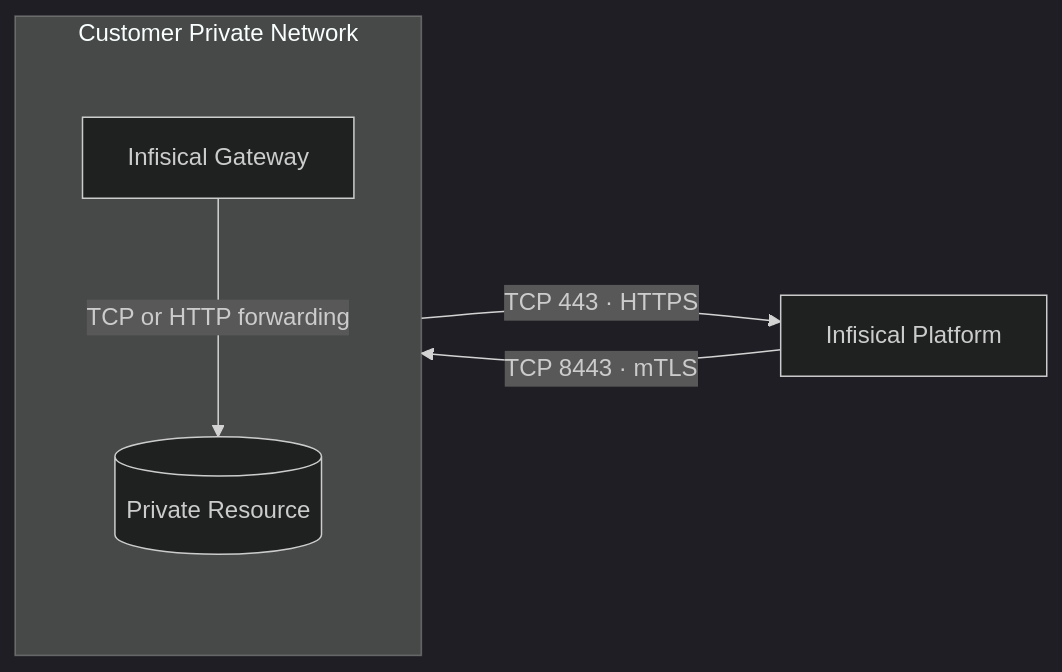
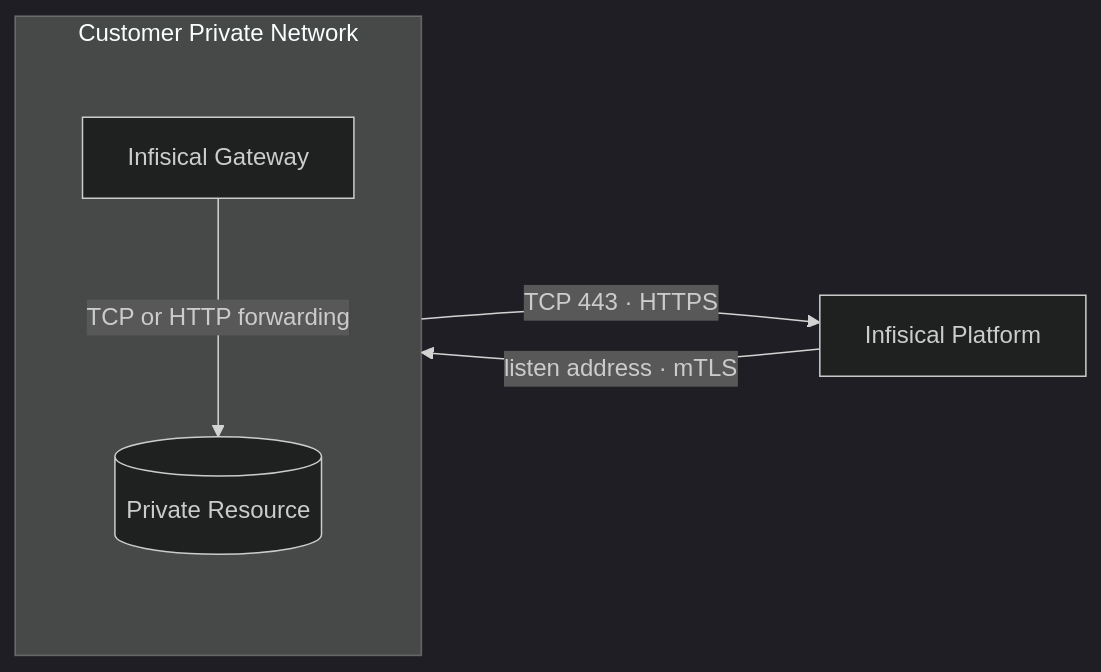
Before and after one commit to Infisical/infisical: the second of 2 diagrams in docs/documentation/platform/gateways/network-architecture.mdx, drawn with Mermaid (dark theme). The commit also changed other lines of this file and 3 other files, not shown here.

````diff
--- a/docs/documentation/platform/gateways/network-architecture.mdx
+++ b/docs/documentation/platform/gateways/network-architecture.mdx
@@ -58,13 +58,13 @@
 ```mermaid
 %%{init: {'flowchart': {'nodeSpacing': 70, 'rankSpacing': 110, 'curve': 'basis'}}}%%
 flowchart LR
   subgraph customer["Customer Private Network"]
     direction TB
     GW["Infisical Gateway"]
     RES[("Private Resource")]
     GW -->|"TCP or HTTP forwarding"| RES
   end
   PLAT["Infisical Platform"]
   GW -->|"TCP 443 · HTTPS"| PLAT
-  PLAT -->|"TCP 8443 · mTLS"| GW
+  PLAT -->|"listen address · mTLS"| GW
 ```
````
